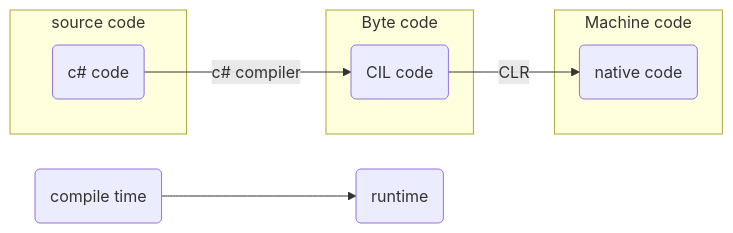
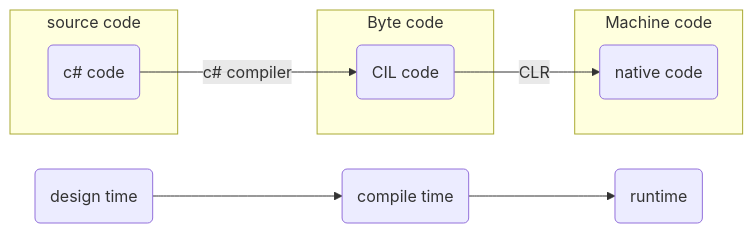
Before and after one commit to hannesdelbeke/brain: the diagram in programming/dot NET.md, drawn with Mermaid. The commit also changed other lines of this file and 1 other file, not shown here.

````diff
--- a/programming/dot NET.md
+++ b/programming/dot NET.md
@@ -36,18 +36,18 @@
 ```mermaid graph TD
 graph LR
 
 subgraph source code
 b1
 end
 
 subgraph Byte code
 b2
 end
 
 subgraph Machine code
 b3
 end
 
 b1(c# code)--> |c# compiler|b2(CIL code)-->|CLR|b3(native code)
-c1(compile time)-->c2(runtime)
+c1(design time)-->c2(compile time)-->c3(runtime)
 ```
````
